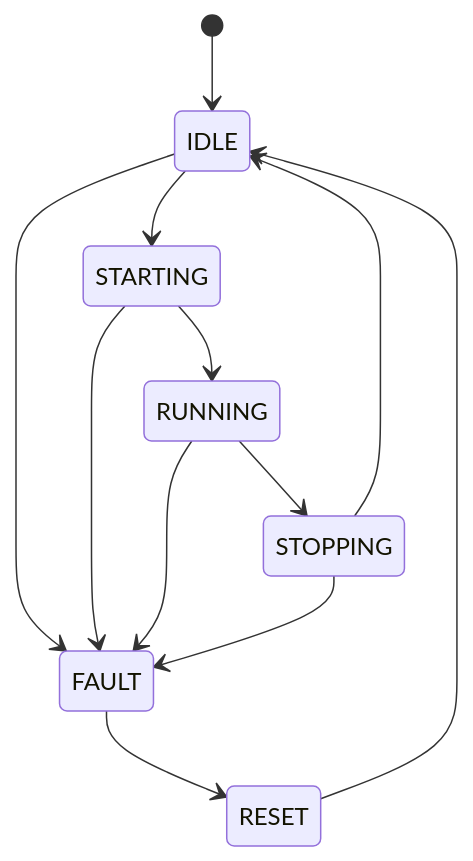
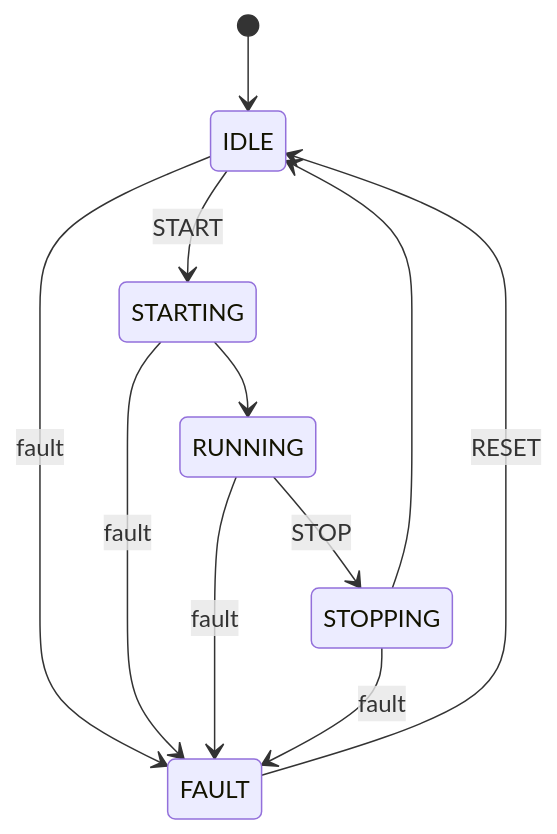
Before and after one commit to meka23749/bhkw-system-tests: the diagram in README.md, drawn with Mermaid. The commit also changed other lines of this file, not shown here.

Commit message:
Update README: architecture, all suites, register map, known limitations

````diff
--- a/README.md
+++ b/README.md
@@ -10,17 +17,13 @@
 ```mermaid
 stateDiagram-v2
     [*] --> IDLE
-
-    IDLE --> STARTING
+    IDLE --> STARTING : START
     STARTING --> RUNNING
-    RUNNING --> STOPPING
+    RUNNING --> STOPPING : STOP
     STOPPING --> IDLE
-
-    IDLE --> FAULT
-    STARTING --> FAULT
-    RUNNING --> FAULT
-    STOPPING --> FAULT
-
-    FAULT --> RESET
-    RESET --> IDLE
+    IDLE --> FAULT : fault
+    STARTING --> FAULT : fault
+    RUNNING --> FAULT : fault
+    STOPPING --> FAULT : fault
+    FAULT --> IDLE : RESET
 ```
````
